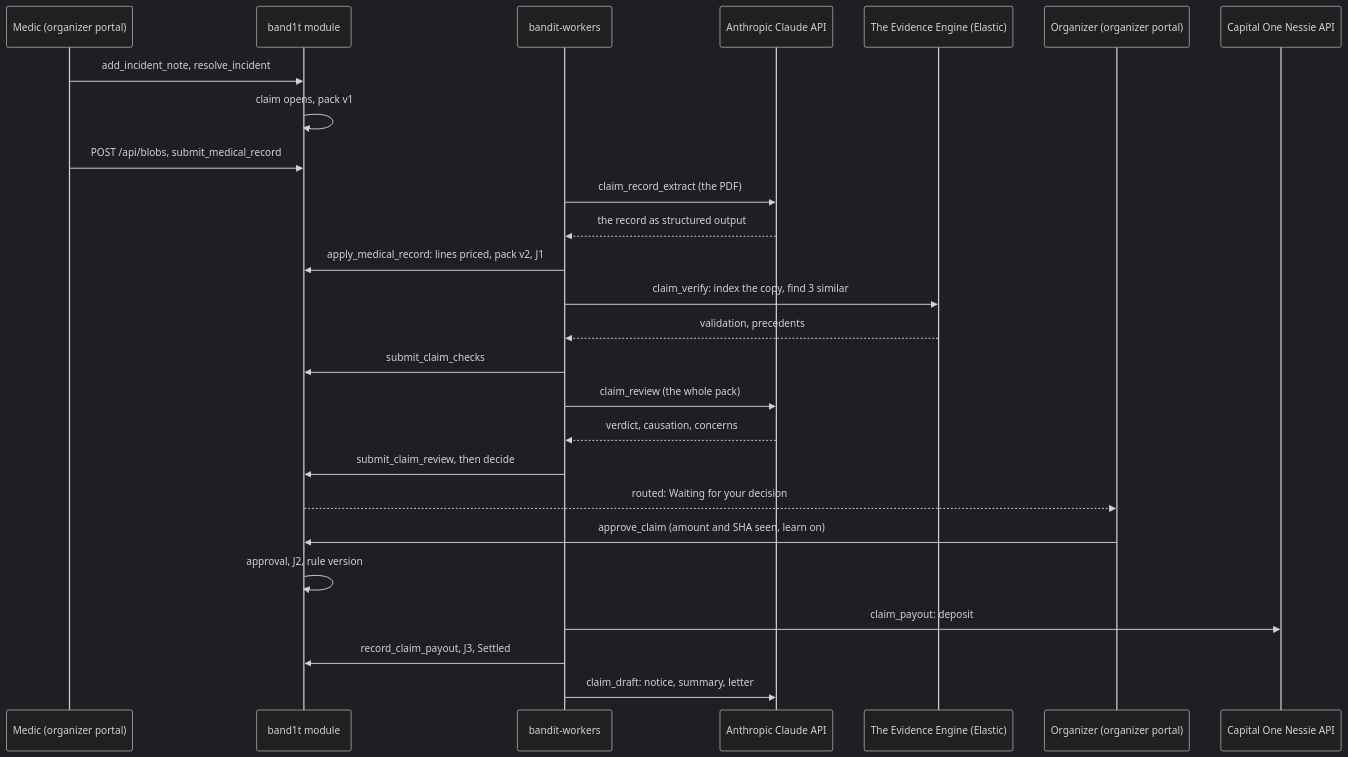
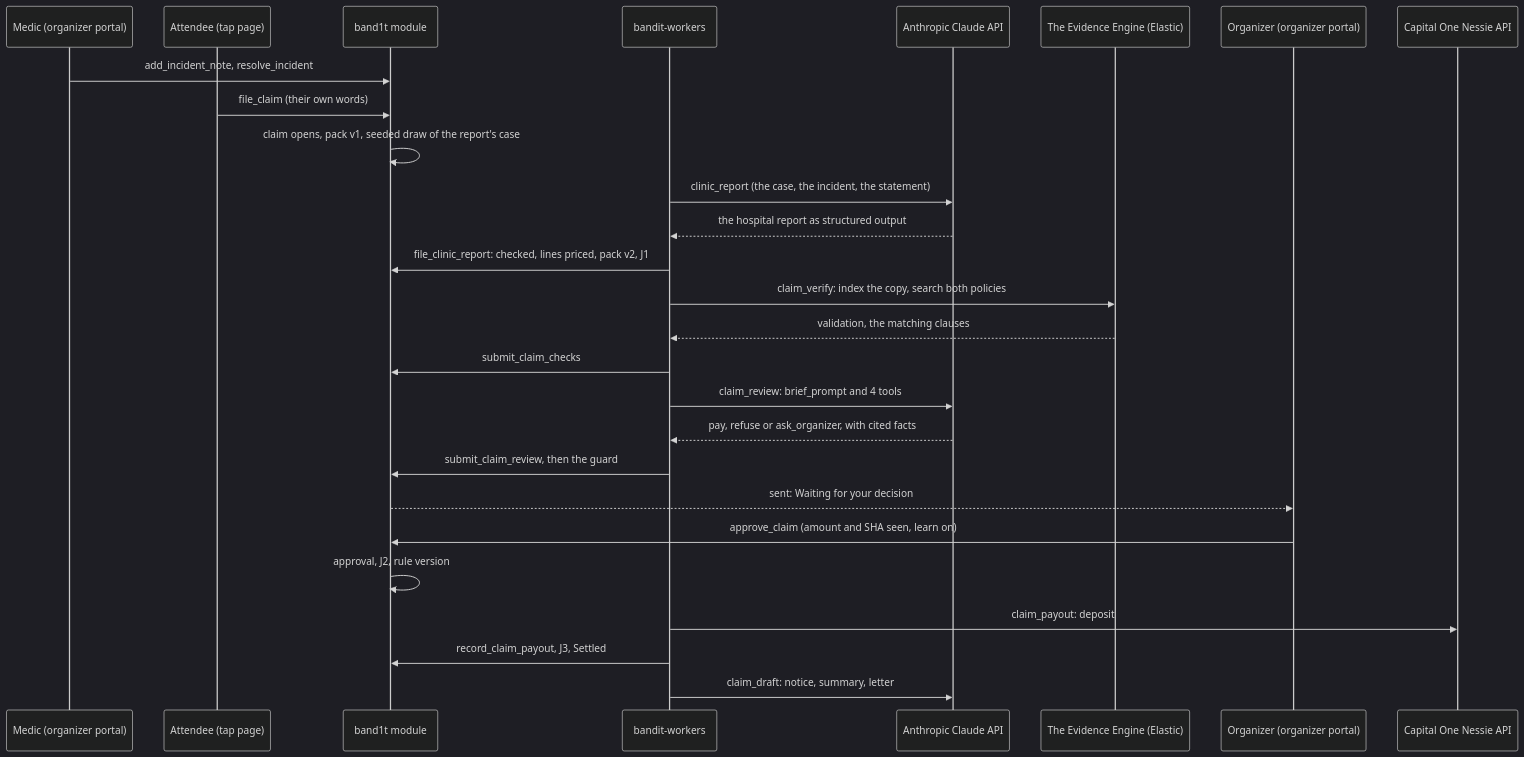
Before and after one commit to viktorinkov/cal-hacks-13: the fourth of 5 diagrams in System Design/6-features/Insurance.md, drawn with Mermaid (dark theme). The commit also changed other lines of this file and 5 other files, not shown here.

Commit message:
system design: policy clauses instead of past claims, Claude decides under the guard

````diff
--- a/System Design/6-features/Insurance.md
+++ b/System Design/6-features/Insurance.md
@@ -492,28 +552,29 @@
 ```mermaid
 sequenceDiagram
   participant Med as Medic (organizer portal)
+  participant A as Attendee (tap page)
   participant M as band1t module
   participant W as bandit-workers
   participant C as Anthropic Claude API
   participant E as The Evidence Engine (Elastic)
   participant O as Organizer (organizer portal)
   participant N as Capital One Nessie API
   Med->>M: add_incident_note, resolve_incident
-  M->>M: claim opens, pack v1
-  Med->>M: POST /api/blobs, submit_medical_record
-  W->>C: claim_record_extract (the PDF)
-  C-->>W: the record as structured output
-  W->>M: apply_medical_record: lines priced, pack v2, J1
-  W->>E: claim_verify: index the copy, find 3 similar
-  E-->>W: validation, precedents
+  A->>M: file_claim (their own words)
+  M->>M: claim opens, pack v1, seeded draw of the report's case
+  W->>C: clinic_report (the case, the incident, the statement)
+  C-->>W: the hospital report as structured output
+  W->>M: file_clinic_report: checked, lines priced, pack v2, J1
+  W->>E: claim_verify: index the copy, search both policies
+  E-->>W: validation, the matching clauses
   W->>M: submit_claim_checks
-  W->>C: claim_review (the whole pack)
-  C-->>W: verdict, causation, concerns
-  W->>M: submit_claim_review, then decide
-  M-->>O: routed: Waiting for your decision
+  W->>C: claim_review: brief_prompt and 4 tools
+  C-->>W: pay, refuse or ask_organizer, with cited facts
+  W->>M: submit_claim_review, then the guard
+  M-->>O: sent: Waiting for your decision
   O->>M: approve_claim (amount and SHA seen, learn on)
   M->>M: approval, J2, rule version
   W->>N: claim_payout: deposit
   W->>M: record_claim_payout, J3, Settled
   W->>C: claim_draft: notice, summary, letter
 ```
````
